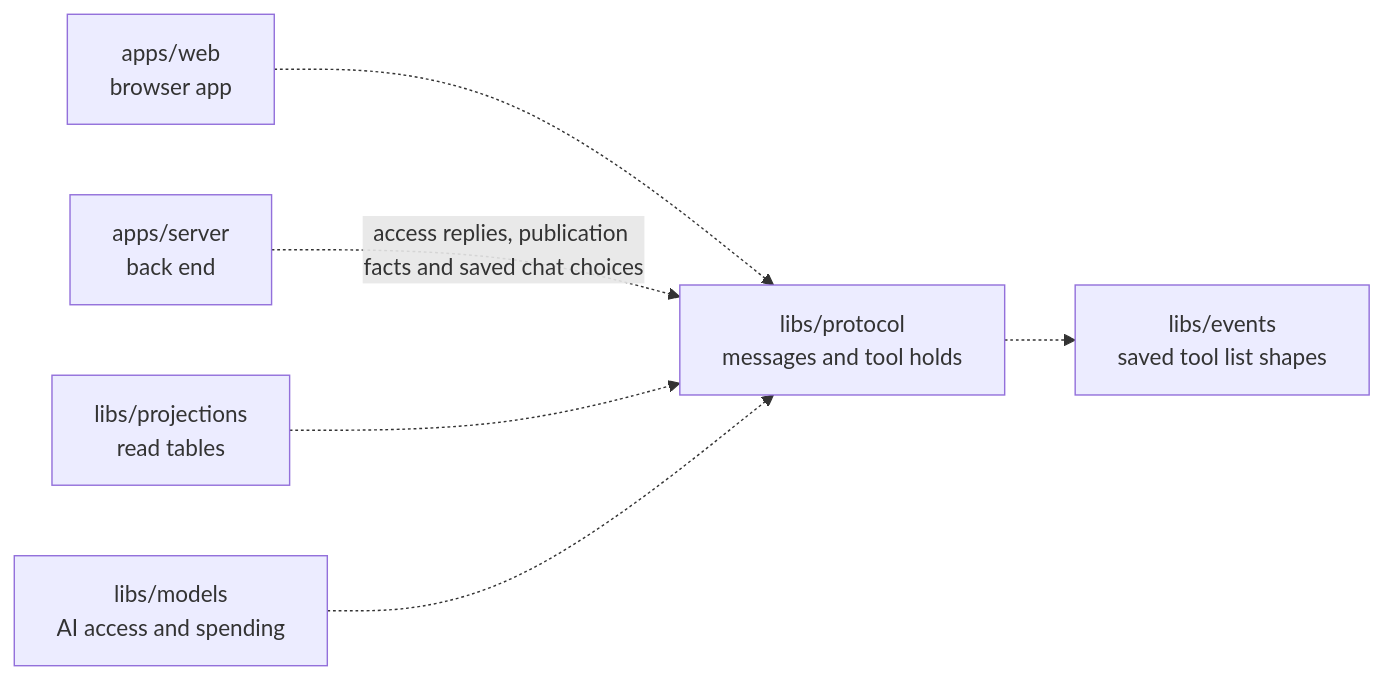
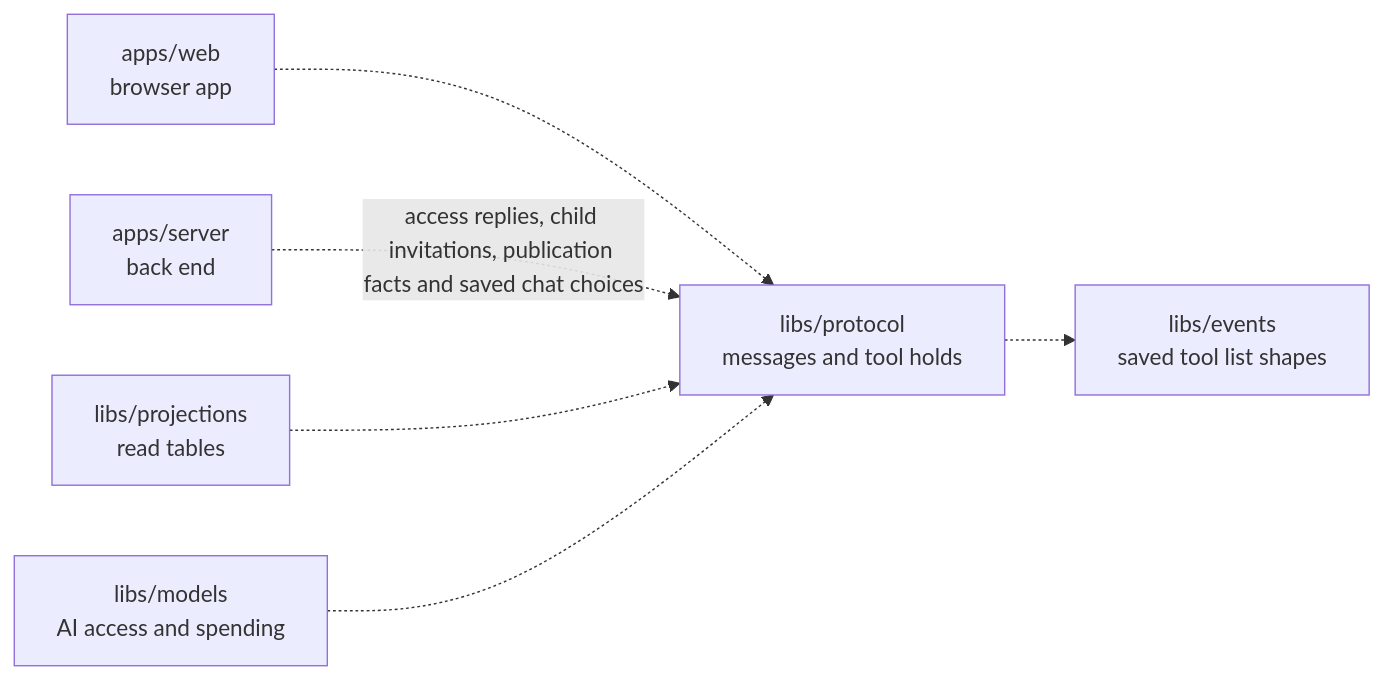
Before and after one commit to elewa-git/opencrane-new: the diagram in libs/protocol/README.md, drawn with Mermaid. The commit also changed other lines of this file and 11 other files, not shown here.

Commit message:
🧵 Let child chat creators invite people to shared history

````diff
--- a/libs/protocol/README.md
+++ b/libs/protocol/README.md
@@ -11,8 +11,8 @@
 ```mermaid
 flowchart LR
   web["apps/web<br/>browser app"] -.-> protocol["libs/protocol<br/>messages and tool holds"]
-  server["apps/server<br/>back end"] -.->|access replies, publication facts and saved chat choices| protocol
+  server["apps/server<br/>back end"] -.->|access replies, child invitations, publication facts and saved chat choices| protocol
   projections["libs/projections<br/>read tables"] -.-> protocol
   models["libs/models<br/>AI access and spending"] -.-> protocol
   protocol -.-> events["libs/events<br/>saved tool list shapes"]
 ```
````
